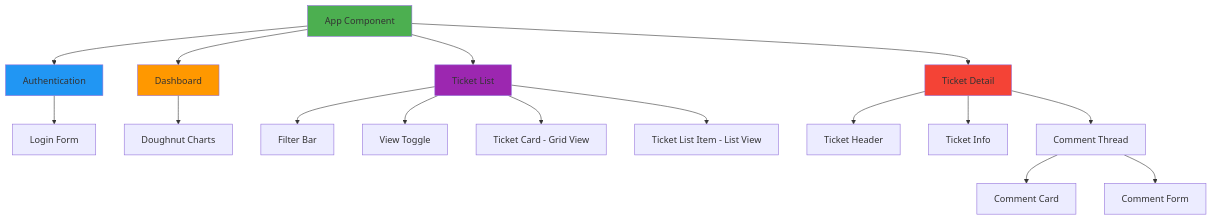
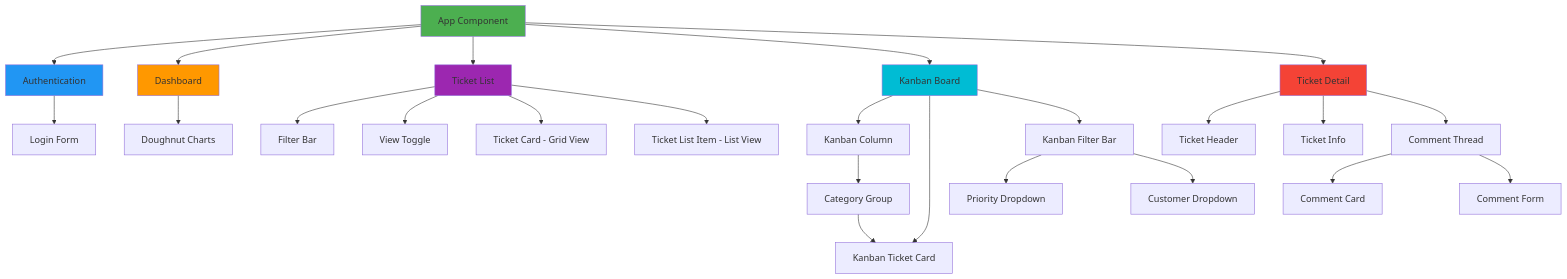
Before and after one commit to ti994a/TelosDemo: the second of 10 diagrams in .kiro/steering/architecture-overview.md, drawn with Mermaid. The commit also changed other lines of this file and 25 other files, not shown here.

````diff
--- a/.kiro/steering/architecture-overview.md
+++ b/.kiro/steering/architecture-overview.md
@@ -52,30 +52,42 @@
 ```mermaid
 graph TD
     App[App Component]
     App --> Auth[Authentication]
     App --> Dashboard[Dashboard]
     App --> TicketList[Ticket List]
+    App --> KanbanBoard[Kanban Board]
     App --> TicketDetail[Ticket Detail]
     
     Auth --> LoginForm[Login Form]
     
     Dashboard --> DoughnutChart[Doughnut Charts]
     
     TicketList --> FilterBar[Filter Bar]
     TicketList --> ViewToggle[View Toggle]
     TicketList --> TicketCard[Ticket Card - Grid View]
     TicketList --> TicketListItem[Ticket List Item - List View]
+    
+    KanbanBoard --> KanbanColumn[Kanban Column]
+    KanbanBoard --> KanbanTicketCard[Kanban Ticket Card]
+    KanbanBoard --> KanbanFilterBar[Kanban Filter Bar]
+    
+    KanbanFilterBar --> PriorityFilter[Priority Dropdown]
+    KanbanFilterBar --> CustomerFilter[Customer Dropdown]
+    
+    KanbanColumn --> CategoryGroup[Category Group]
+    CategoryGroup --> KanbanTicketCard
     
     TicketDetail --> TicketHeader[Ticket Header]
     TicketDetail --> TicketInfo[Ticket Info]
     TicketDetail --> CommentThread[Comment Thread]
     
     CommentThread --> CommentCard[Comment Card]
     CommentThread --> CommentForm[Comment Form]
 
     style App fill:#4CAF50
     style Auth fill:#2196F3
     style Dashboard fill:#FF9800
     style TicketList fill:#9C27B0
+    style KanbanBoard fill:#00BCD4
     style TicketDetail fill:#F44336
 ```
````
